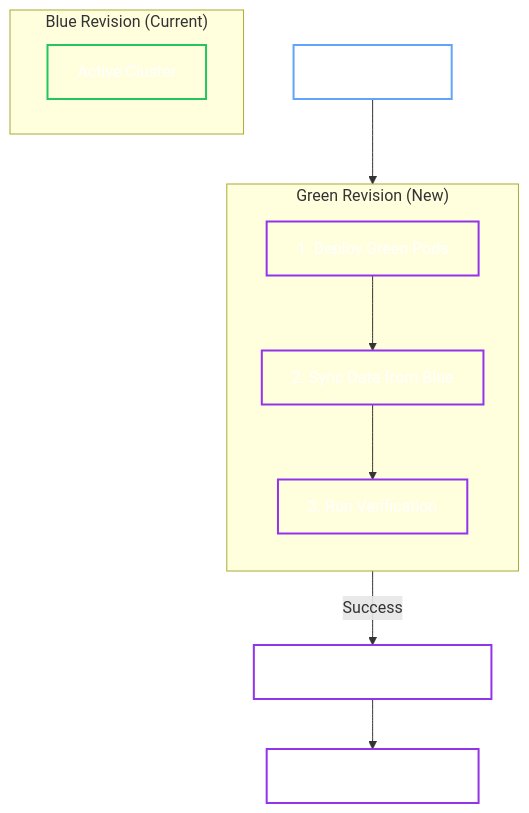
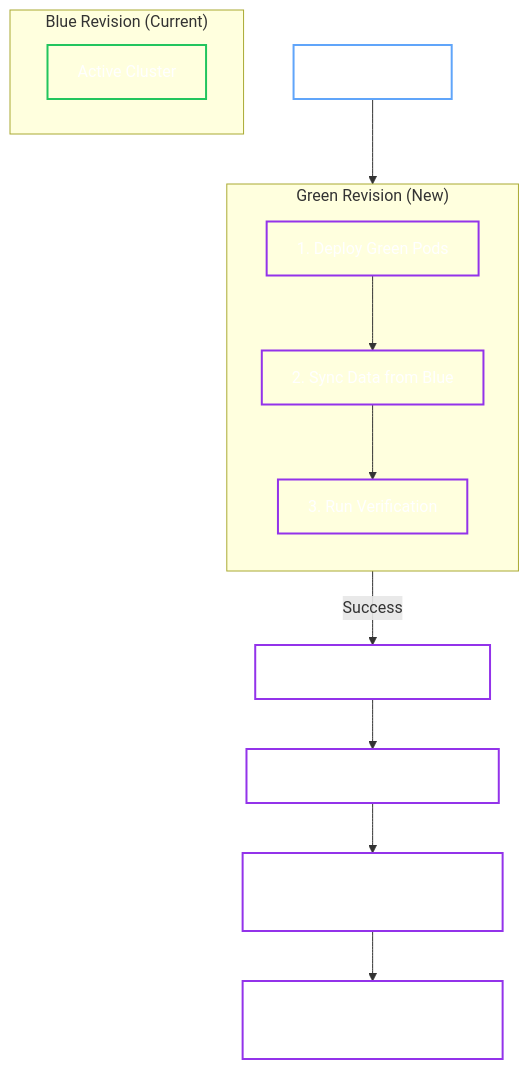
The diagram in docs/user-guide/openbaocluster/operations/upgrades.md (dc-tec/openbao-operator), drawn with Mermaid before and after one commit. The commit also changed other lines of this file and 1 other file, not shown here.

````diff
--- a/docs/user-guide/openbaocluster/operations/upgrades.md
+++ b/docs/user-guide/openbaocluster/operations/upgrades.md
@@ -65,29 +65,31 @@
     ```mermaid
     flowchart TB
         Start[Start Upgrade]
         
         subgraph Blue["Blue Revision (Current)"]
             B[Active Cluster]
         end
 
         subgraph Green["Green Revision (New)"]
             direction TB
             Deploy[1. Deploy Green Pods]
             Sync[2. Sync Data from Blue]
             Test[3. Run Verification]
         end
 
         Start --> Deploy
         Deploy --> Sync
         Sync --> Test
-        Test -- "Success" --> Switch[4. Switch Traffic to Green]
-        Switch --> Cleanup[5. Delete Blue Cluster]
+        Test -- "Success" --> Promote[4. Promote Green Voters]
+        Promote --> Demote[5. Demote Blue Non-Voters]
+        Demote --> Switch[6. Cleanup Phase: Switch Traffic to Green]
+        Switch --> Cleanup[7. Remove Blue Peers and Delete Blue Cluster]
 
         classDef read fill:transparent,stroke:#60a5fa,stroke-width:2px,color:#fff;
         classDef write fill:transparent,stroke:#22c55e,stroke-width:2px,color:#fff;
         classDef process fill:transparent,stroke:#9333ea,stroke-width:2px,color:#fff;
 
         class Start read;
         class B write;
-        class Deploy,Sync,Test,Switch,Cleanup process;
+        class Deploy,Sync,Test,Promote,Demote,Switch,Cleanup process;
     ```
````
